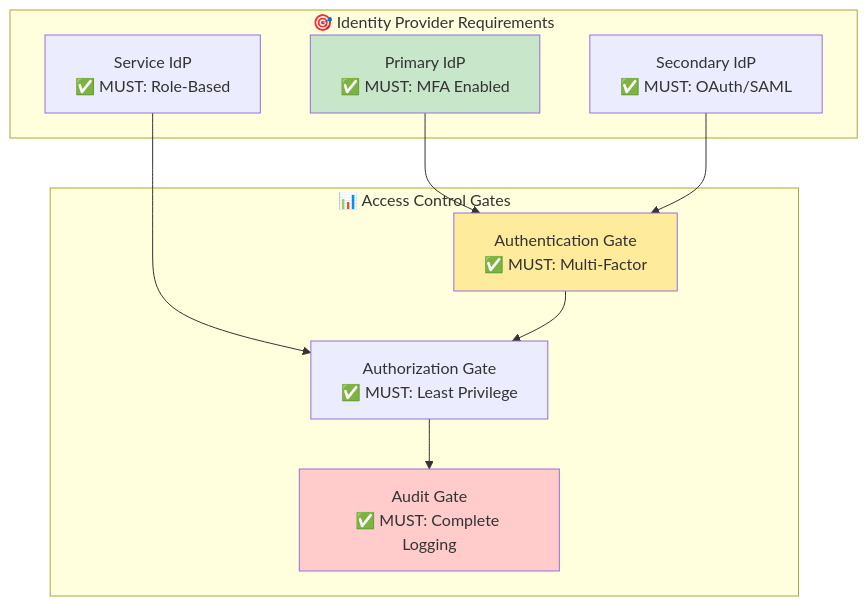
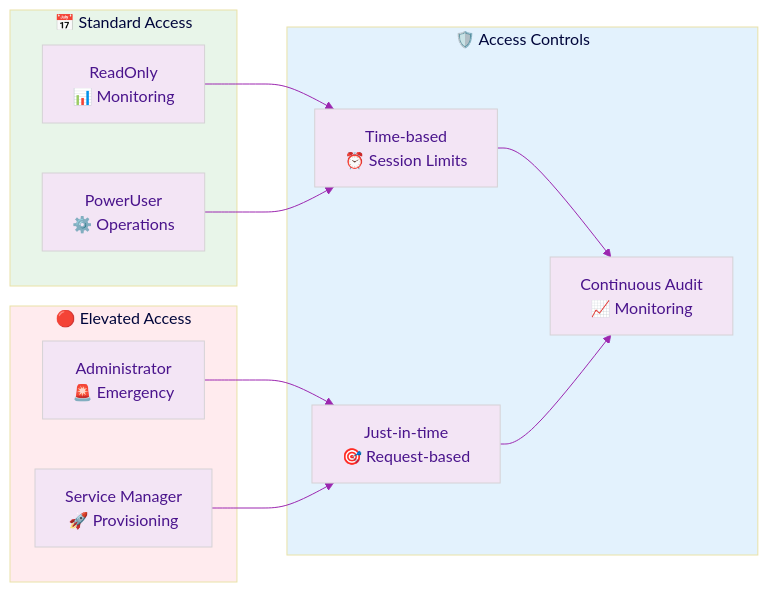
Before and after one commit to Hack23/ISMS-PUBLIC: the third of 4 diagrams in Access_Control_Policy.md, drawn with Mermaid. The commit also changed other lines of this file, not shown here.

````diff
--- a/Access_Control_Policy.md
+++ b/Access_Control_Policy.md
@@ -320,25 +175,42 @@
 ```mermaid
-flowchart TD
-    subgraph "🎯 Identity Provider Requirements"
-        PRIMARY[Primary IdP<br/>✅ MUST: MFA Enabled]
-        SECONDARY[Secondary IdP<br/>✅ MUST: OAuth/SAML]
-        TERTIARY[Service IdP<br/>✅ MUST: Role-Based]
+%%{
+  init: {
+    'theme': 'base',
+    'themeVariables': {
+      'primaryColor': '#f3e5f5',
+      'primaryTextColor': '#4a148c',
+      'lineColor': '#9c27b0',
+      'secondaryColor': '#e8f5e9',
+      'tertiaryColor': '#fff9c4'
+    }
+  }
+}%%
+flowchart LR
+    subgraph Standard["📅 Standard Access"]
+        READ[ReadOnly<br/>📊 Monitoring]
+        POWER[PowerUser<br/>⚙️ Operations]
     end
     
-    subgraph "📊 Access Control Gates"
-        AUTH[Authentication Gate<br/>✅ MUST: Multi-Factor]
-        AUTHZ[Authorization Gate<br/>✅ MUST: Least Privilege]
-        AUDIT[Audit Gate<br/>✅ MUST: Complete Logging]
+    subgraph Elevated["🔴 Elevated Access"]
+        ADMIN[Administrator<br/>🚨 Emergency]
+        CATALOG[Service Manager<br/>🚀 Provisioning]
     end
     
-    PRIMARY --> AUTH
-    SECONDARY --> AUTH
-    TERTIARY --> AUTHZ
+    subgraph Controls["🛡️ Access Controls"]
+        TIME[Time-based<br/>⏰ Session Limits]
+        JUST[Just-in-time<br/>🎯 Request-based]
+        AUDIT[Continuous Audit<br/>📈 Monitoring]
+    end
     
-    AUTH --> AUTHZ
-    AUTHZ --> AUDIT
+    READ --> TIME
+    POWER --> TIME
+    ADMIN --> JUST
+    CATALOG --> JUST
     
-    style PRIMARY fill:#c8e6c9
-    style AUTH fill:#ffeb9c
-    style AUDIT fill:#ffcccb
+    TIME --> AUDIT
+    JUST --> AUDIT
+    
+    style Standard fill:#e8f5e9
+    style Elevated fill:#ffebee
+    style Controls fill:#e3f2fd
 ```
````
